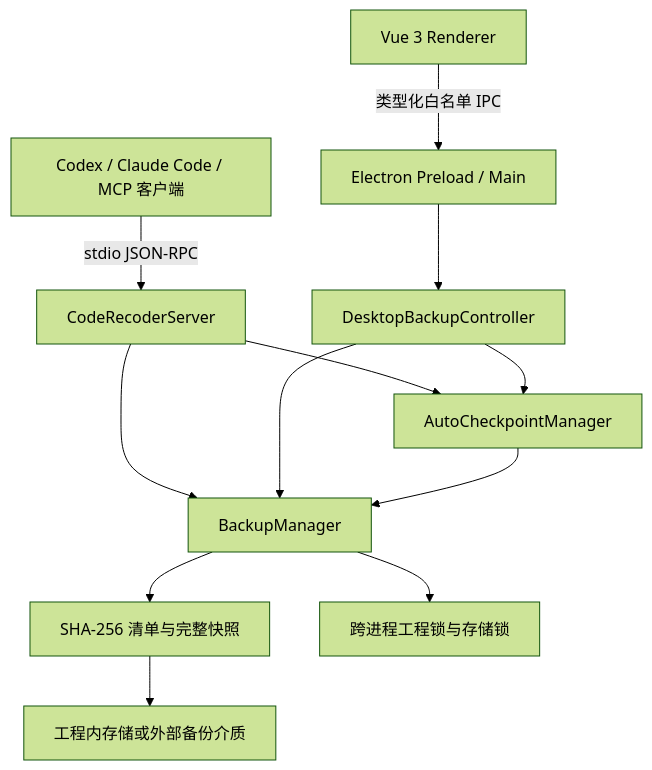
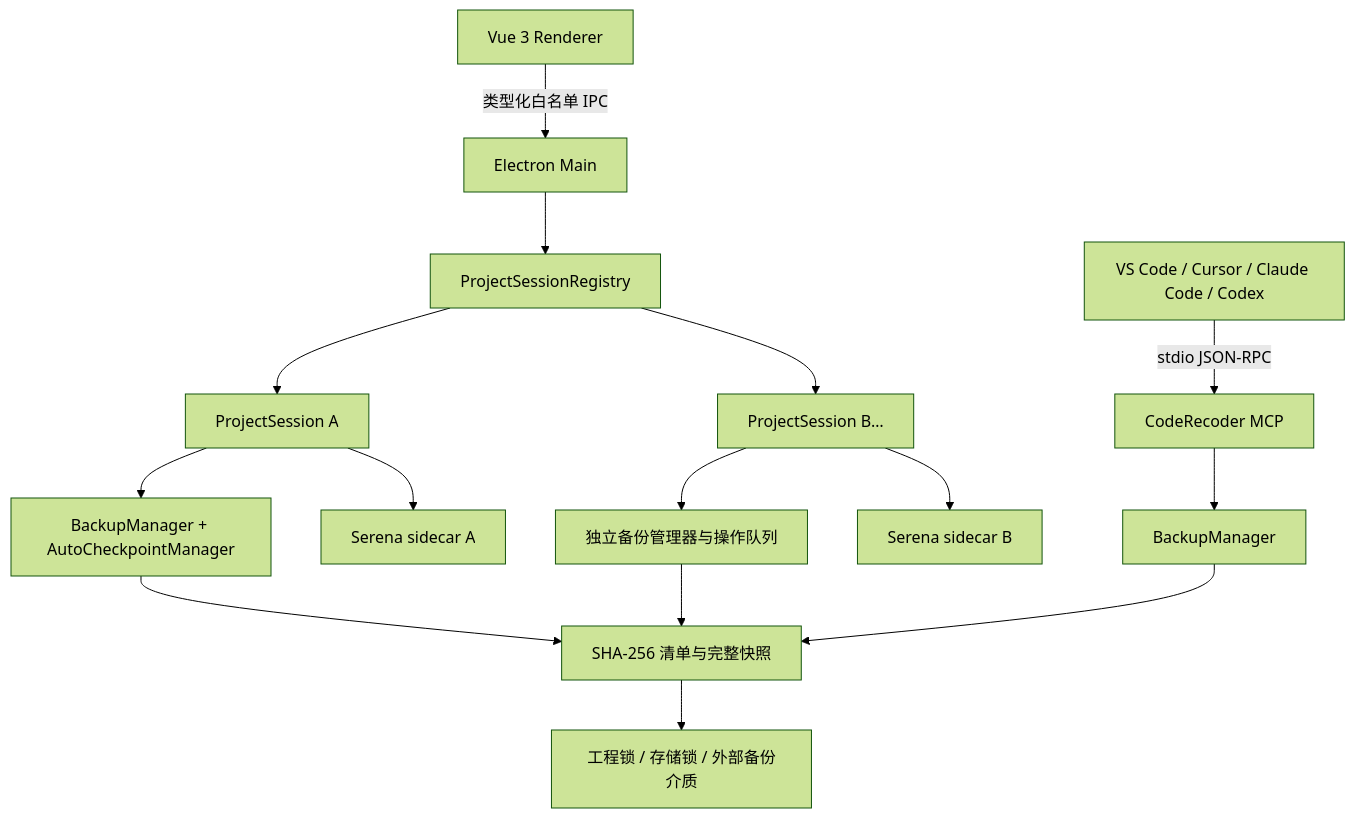
Before and after one commit to snow-wind-001/CodeRecoder: the diagram in README.md, drawn with Mermaid (forest theme). The commit also changed other lines of this file and 27 other files, not shown here.

Commit message:
feat: add multi-project desktop sessions and MCP setup

````diff
--- a/README.md
+++ b/README.md
@@ -24,14 +27,17 @@
 ```mermaid
 flowchart TB
-  A[Codex / Claude Code / MCP 客户端] -->|stdio JSON-RPC| B[CodeRecoderServer]
-  C[Vue 3 Renderer] -->|类型化白名单 IPC| D[Electron Preload / Main]
-  D --> E[DesktopBackupController]
+  A[VS Code / Cursor / Claude Code / Codex] -->|stdio JSON-RPC| B[CodeRecoder MCP]
+  C[Vue 3 Renderer] -->|类型化白名单 IPC| D[Electron Main]
+  D --> R[ProjectSessionRegistry]
+  R --> S1[ProjectSession A]
+  R --> S2[ProjectSession B…]
+  S1 --> F1[BackupManager + AutoCheckpointManager]
+  S1 --> SE1[Serena sidecar A]
+  S2 --> F2[独立备份管理器与操作队列]
+  S2 --> SE2[Serena sidecar B]
   B --> F[BackupManager]
-  E --> F
-  B --> G[AutoCheckpointManager]
-  E --> G
-  G --> F
-  F --> H[SHA-256 清单与完整快照]
-  F --> I[跨进程工程锁与存储锁]
-  H --> J[工程内存储或外部备份介质]
+  F1 --> H[SHA-256 清单与完整快照]
+  F2 --> H
+  F --> H
+  H --> I[工程锁 / 存储锁 / 外部备份介质]
 ```
````
